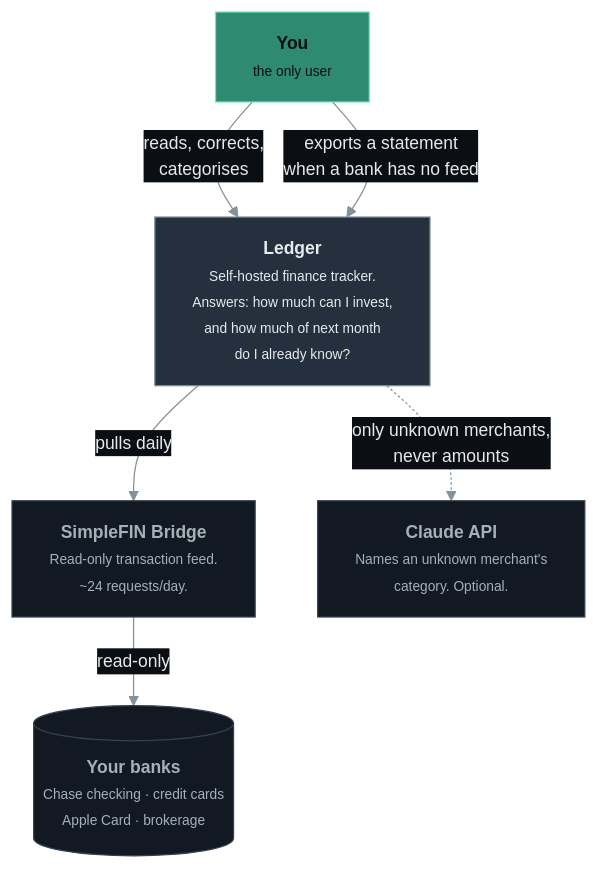
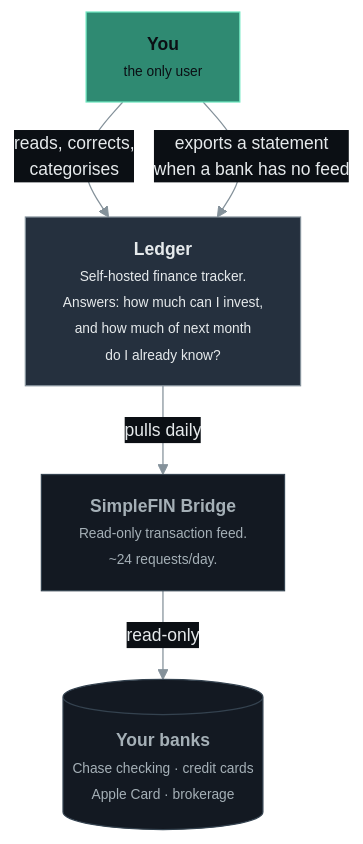
One commit to aryamanram/personal-finance-manager changed the diagram in docs/architecture/README.md. Above: the diagram before and after it, drawn with Mermaid. The commit also changed other lines of this file and 37 other files, not shown here.

````diff
--- a/docs/architecture/README.md
+++ b/docs/architecture/README.md
@@ -31,30 +31,28 @@
 ```mermaid
 %%{init: {'theme':'base','themeVariables':{
   'background':'transparent',
   'primaryColor':'#1b2430','primaryTextColor':'#e6eaec','primaryBorderColor':'#34424f',
   'lineColor':'#84919a','secondaryColor':'#131922','tertiaryColor':'#0f141b',
   'clusterBkg':'#0f141b','clusterBorder':'#25303e',
   'edgeLabelBackground':'#0b0f14','fontSize':'14px'
 }}}%%
 flowchart TB
     owner["<b>You</b><br/><span style='font-size:11px'>the only user</span>"]
 
     ledger["<b>Ledger</b><br/><span style='font-size:11px'>Self-hosted finance tracker.<br/>Answers: how much can I invest,<br/>and how much of next month<br/>do I already know?</span>"]
 
     banks[("<b>Your banks</b><br/><span style='font-size:11px'>Chase checking · credit cards<br/>Apple Card · brokerage</span>")]
     simplefin["<b>SimpleFIN Bridge</b><br/><span style='font-size:11px'>Read-only transaction feed.<br/>~24 requests/day.</span>"]
-    anthropic["<b>Claude API</b><br/><span style='font-size:11px'>Names an unknown merchant's<br/>category. Optional.</span>"]
 
     owner -->|"reads, corrects,<br/>categorises"| ledger
     ledger -->|"pulls daily"| simplefin
     simplefin -->|"read-only"| banks
     owner -->|"exports a statement<br/>when a bank has no feed"| ledger
-    ledger -.->|"only unknown merchants,<br/>never amounts"| anthropic
 
     classDef person fill:#2f8a72,stroke:#6ee7c0,color:#0b0f14
     classDef core fill:#25303e,stroke:#84919a,color:#e6eaec
     classDef ext fill:#131922,stroke:#34424f,color:#a5b0b7
     class owner person
     class ledger core
-    class banks,simplefin,anthropic ext
+    class banks,simplefin ext
 ```
````
